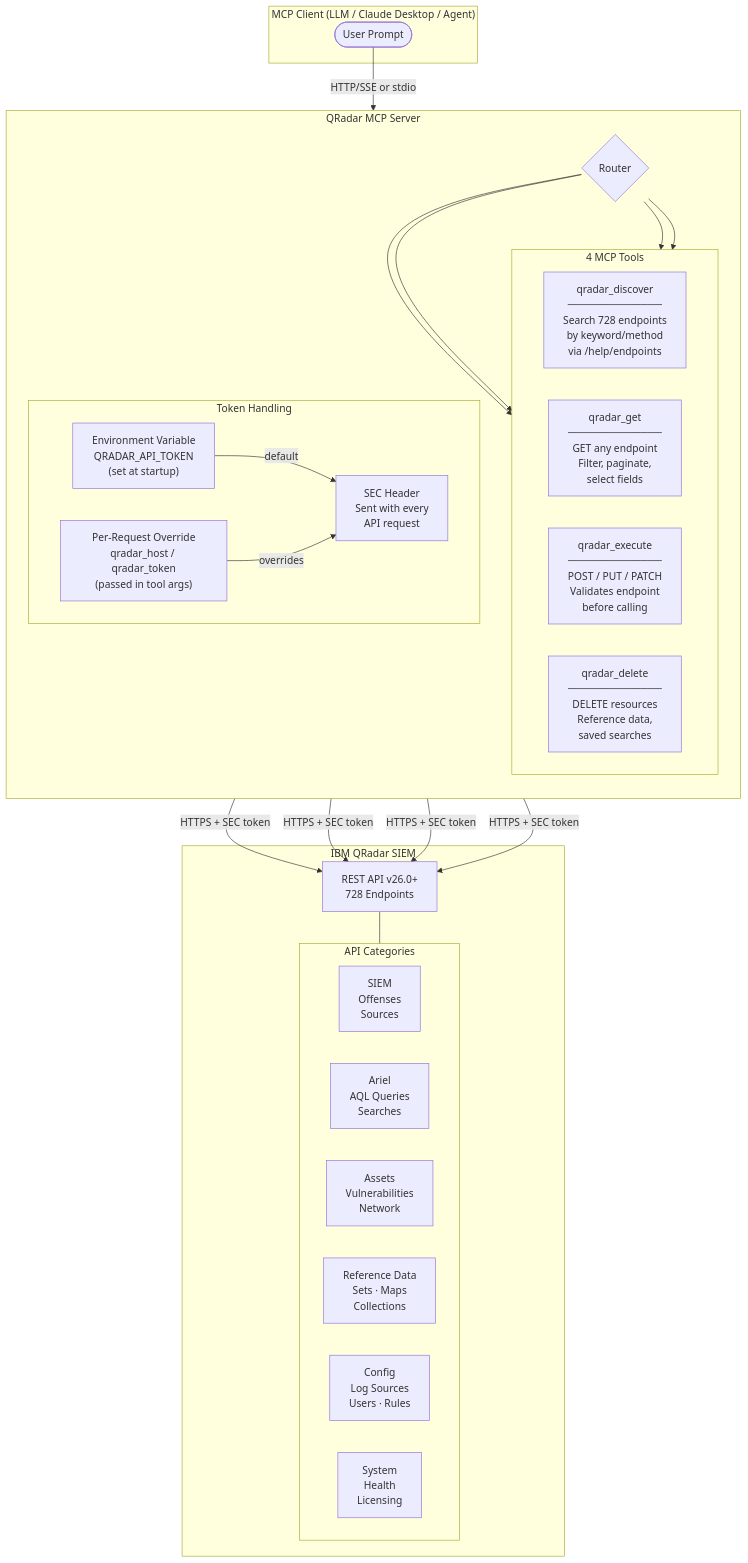
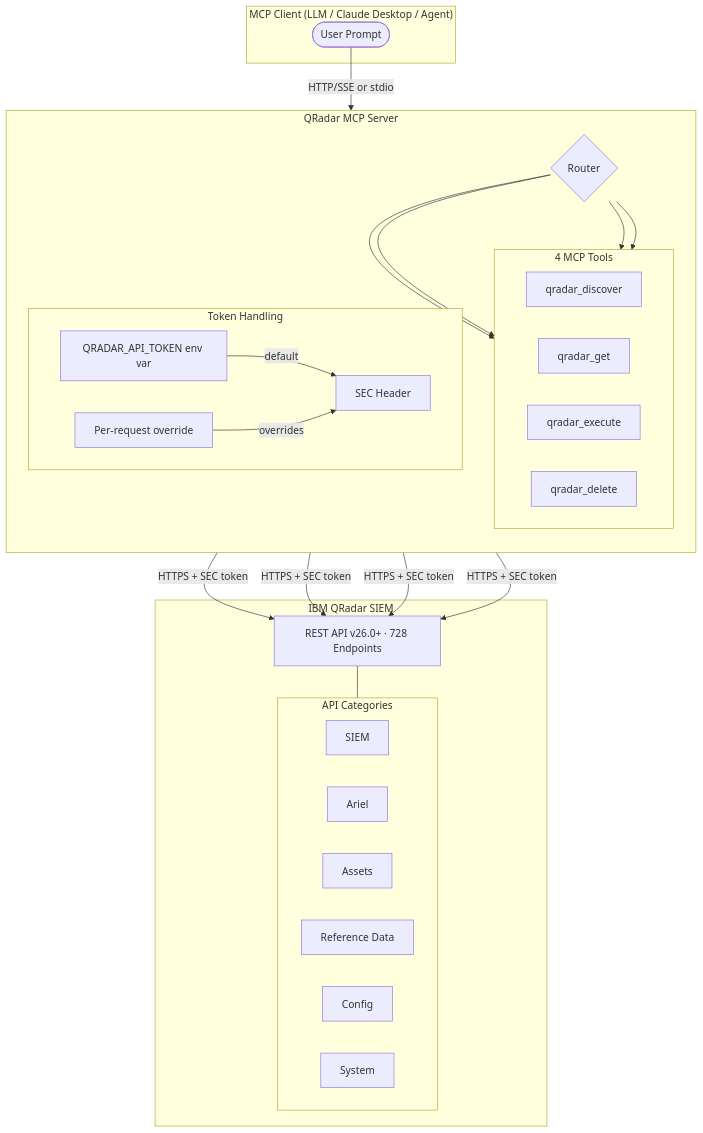
The first of 2 diagrams in README.md (IBM/qradar-mcp-server), drawn with Mermaid before and after one commit. The commit also changed other lines of this file and 5 other files, not shown here.

Commit message:
feat: add API key security, fix Dockerfile, fix Mermaid diagrams

````diff
--- a/README.md
+++ b/README.md
@@ -179,47 +186,47 @@
 ```mermaid
 flowchart TB
     subgraph CLIENT["MCP Client (LLM / Claude Desktop / Agent)"]
         U([User Prompt])
     end
 
     subgraph MCP["QRadar MCP Server"]
         direction TB
         T{Router}
 
         subgraph TOOLS["4 MCP Tools"]
             direction LR
-            T1["qradar_discover\n─────────────\nSearch 728 endpoints\nby keyword/method\nvia /help/endpoints"]
-            T2["qradar_get\n─────────────\nGET any endpoint\nFilter, paginate,\nselect fields"]
-            T3["qradar_execute\n─────────────\nPOST / PUT / PATCH\nValidates endpoint\nbefore calling"]
-            T4["qradar_delete\n─────────────\nDELETE resources\nReference data,\nsaved searches"]
+            T1["qradar_discover"]
+            T2["qradar_get"]
+            T3["qradar_execute"]
+            T4["qradar_delete"]
         end
 
         subgraph AUTH["Token Handling"]
             direction LR
-            ENV["Environment Variable\nQRADAR_API_TOKEN\n(set at startup)"]
-            ARG["Per-Request Override\nqradar_host / qradar_token\n(passed in tool args)"]
-            HDR["SEC Header\nSent with every\nAPI request"]
+            ENV["QRADAR_API_TOKEN env var"]
+            ARG["Per-request override"]
+            HDR["SEC Header"]
         end
 
         ENV -->|default| HDR
         ARG -->|overrides| HDR
     end
 
     subgraph QRADAR["IBM QRadar SIEM"]
-        API["REST API v26.0+\n728 Endpoints"]
+        API["REST API v26.0+ · 728 Endpoints"]
         subgraph CATEGORIES["API Categories"]
             direction LR
-            C1["SIEM\nOffenses\nSources"]
-            C2["Ariel\nAQL Queries\nSearches"]
-            C3["Assets\nVulnerabilities\nNetwork"]
-            C4["Reference Data\nSets · Maps\nCollections"]
-            C5["Config\nLog Sources\nUsers · Rules"]
-            C6["System\nHealth\nLicensing"]
+            C1["SIEM"]
+            C2["Ariel"]
+            C3["Assets"]
+            C4["Reference Data"]
+            C5["Config"]
+            C6["System"]
         end
     end
 
     U -->|"HTTP/SSE or stdio"| T
     T --> T1 & T2 & T3 & T4
     T1 & T2 & T3 & T4 -->|"HTTPS + SEC token"| API
     API --- CATEGORIES
 ```
````
